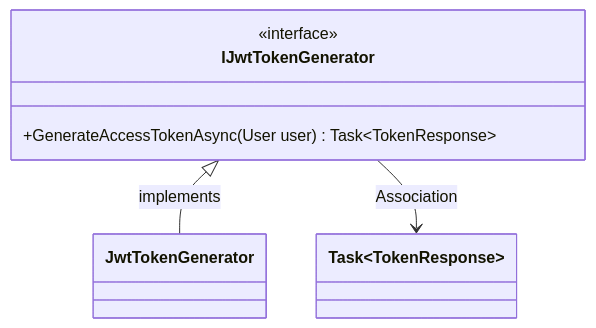
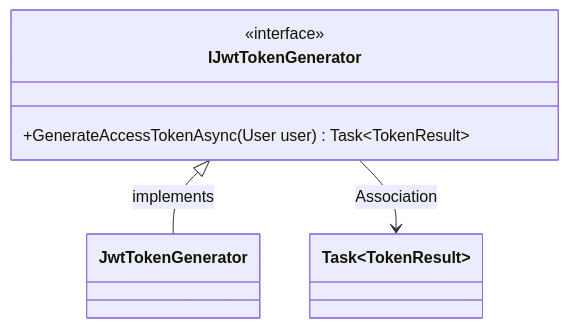
One commit to snicoper/agenda-manager-docs changed the fourth of 8 diagrams in backend/source/Domain/Identity.md. Above: the diagram before and after it, drawn with Mermaid. The commit also changed other lines of this file and 1 other file, not shown here.

Commit message:
Renombrado TokenResponse to TokenResult

````diff
--- a/backend/source/Domain/Identity.md
+++ b/backend/source/Domain/Identity.md
@@ -107,10 +107,10 @@
 ```mermaid
 classDiagram
     class IJwtTokenGenerator {
         <<interface>>
-        +GenerateAccessTokenAsync(User user) Task~TokenResponse~
+        +GenerateAccessTokenAsync(User user) Task~TokenResult~
     }
 
     IJwtTokenGenerator <|-- JwtTokenGenerator : implements
-    IJwtTokenGenerator --> Task~TokenResponse~ : Association
+    IJwtTokenGenerator --> Task~TokenResult~ : Association
 ```
````
